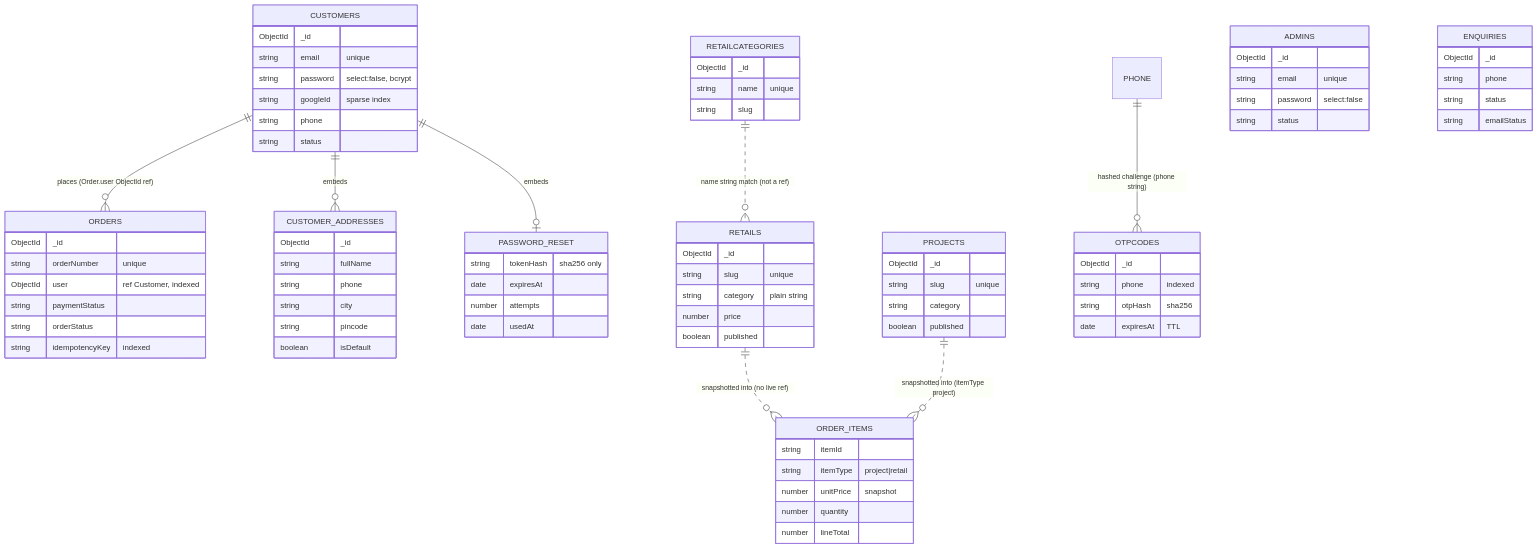
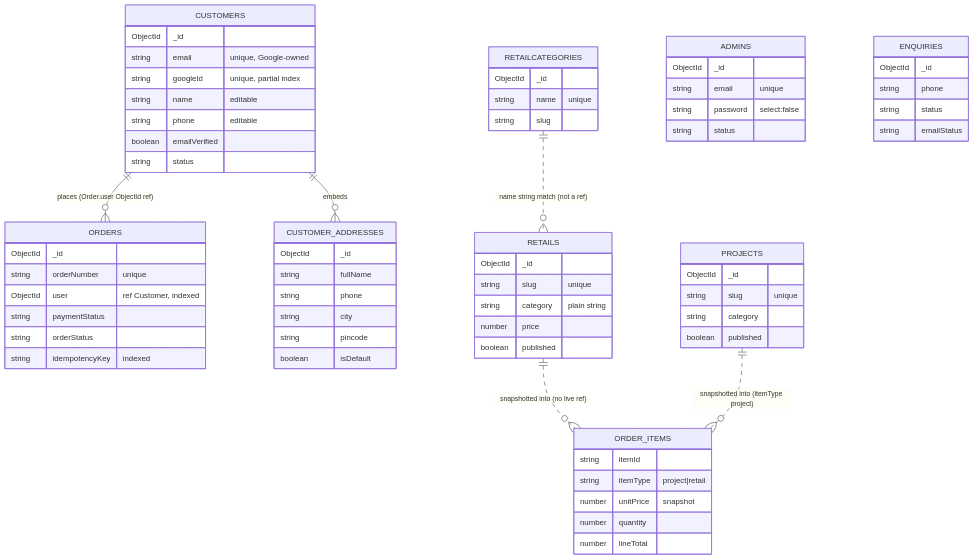
The first of 6 diagrams in dataBase.md (abufazal460/Sabr-Studio), drawn with Mermaid before and after one commit. The commit also changed other lines of this file and 27 other files, not shown here.

Commit message:
register remover twilio otp login remove add only on login and register login with goolge only beacuase is free

````diff
--- a/dataBase.md
+++ b/dataBase.md
@@ -454,18 +444,17 @@
 erDiagram
     CUSTOMERS ||--o{ ORDERS : "places (Order.user ObjectId ref)"
     CUSTOMERS ||--o{ CUSTOMER_ADDRESSES : "embeds"
-    CUSTOMERS ||--o| PASSWORD_RESET : "embeds"
     RETAILCATEGORIES ||..o{ RETAILS : "name string match (not a ref)"
     RETAILS ||..o{ ORDER_ITEMS : "snapshotted into (no live ref)"
     PROJECTS ||..o{ ORDER_ITEMS : "snapshotted into (itemType project)"
-    PHONE ||--o{ OTPCODES : "hashed challenge (phone string)"
 
     CUSTOMERS {
         ObjectId _id
-        string email "unique"
-        string password "select:false, bcrypt"
-        string googleId "sparse index"
-        string phone
+        string email "unique, Google-owned"
+        string googleId "unique, partial index"
+        string name "editable"
+        string phone "editable"
+        boolean emailVerified
         string status
     }
     CUSTOMER_ADDRESSES {
@@ -475,12 +464,6 @@
         string city
         string pincode
         boolean isDefault
-    }
-    PASSWORD_RESET {
-        string tokenHash "sha256 only"
-        date expiresAt
-        number attempts
-        date usedAt
     }
     ADMINS {
         ObjectId _id
@@ -527,10 +510,4 @@
         string status
         string emailStatus
     }
-    OTPCODES {
-        ObjectId _id
-        string phone "indexed"
-        string otpHash "sha256"
-        date expiresAt "TTL"
-    }
 ```
````
